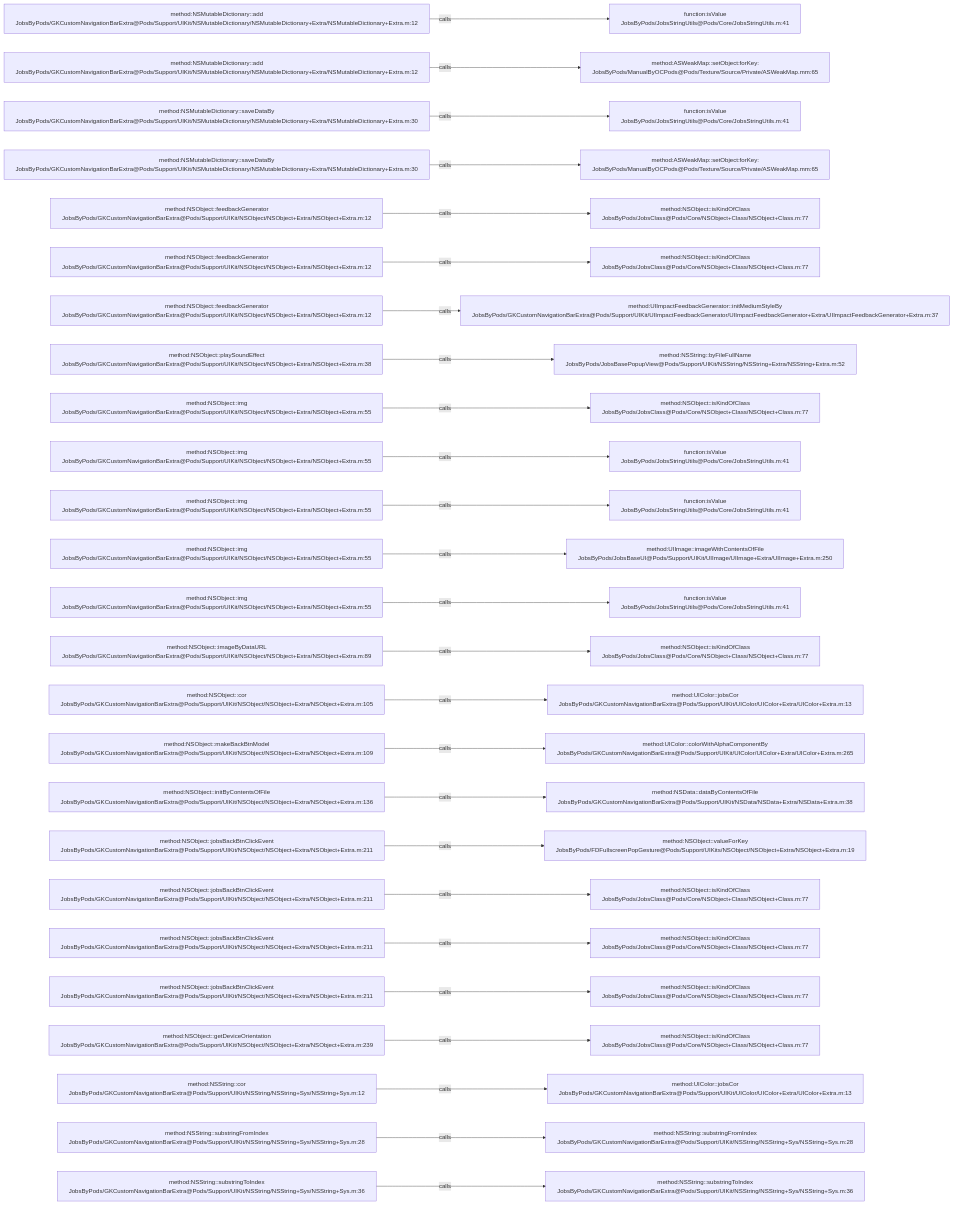
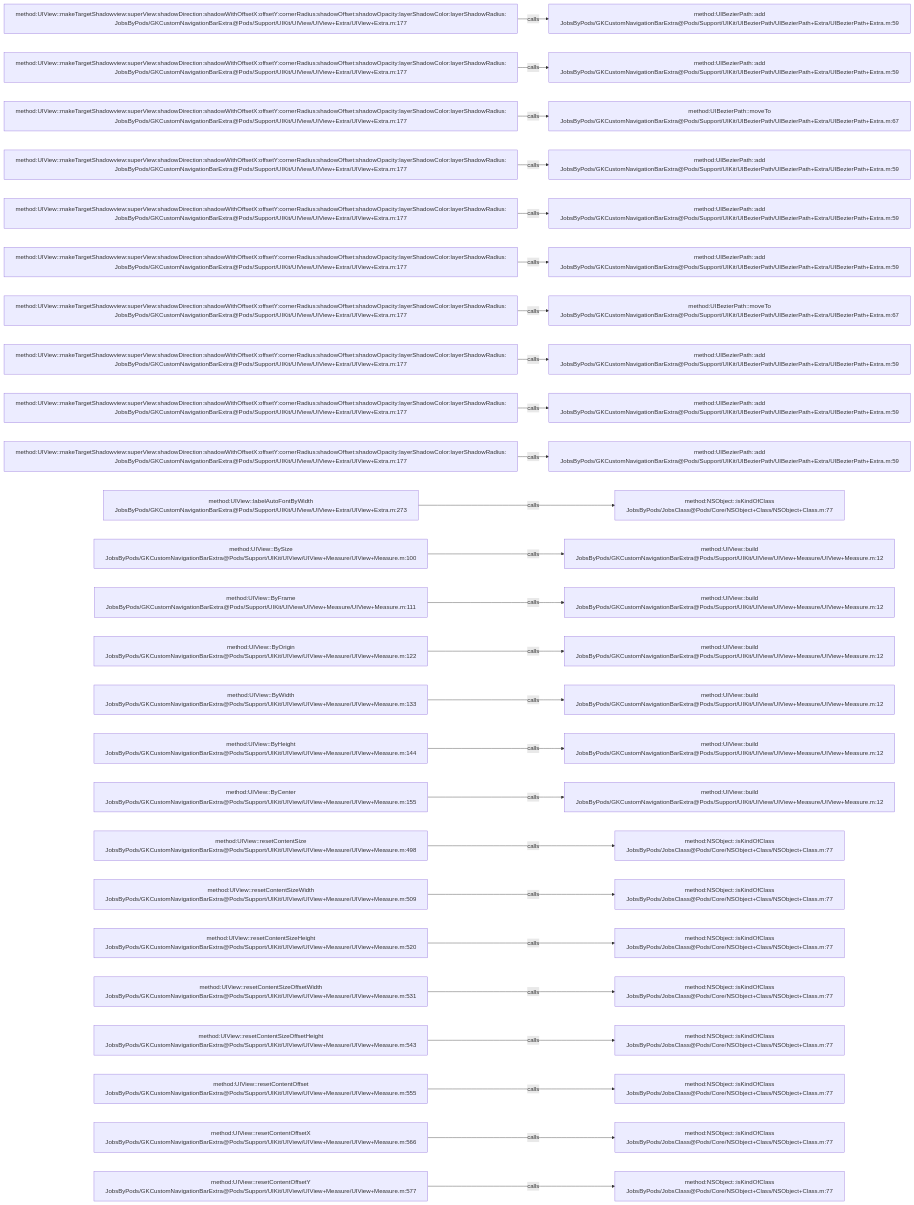
Before and after one commit to JobsKits/JobsOCBaseConfigDemo: the diagram in .codegraph/codegraph.md/graphs/calls-004.md, drawn with Mermaid. The commit also changed 573 other files, not shown here.

````diff
--- a/.codegraph/codegraph.md/graphs/calls-004.md
+++ b/.codegraph/codegraph.md/graphs/calls-004.md
@@ -13,78 +13,78 @@
 ```mermaid
 flowchart LR
-  S1["method:NSMutableDictionary::add<br/>JobsByPods/GKCustomNavigationBarExtra@Pods/Support/UIKit/NSMutableDictionary/NSMutableDictionary+Extra/NSMutableDictionary+Extra.m:12"]
-  T1["function:isValue<br/>JobsByPods/JobsStringUtils@Pods/Core/JobsStringUtils.m:41"]
+  S1["method:UIView::makeTargetShadowview:superView:shadowDirection:shadowWithOffsetX:offsetY:cornerRadius:shadowOffset:shadowOpacity:layerShadowColor:layerShadowRadius:<br/>JobsByPods/GKCustomNavigationBarExtra@Pods/Support/UIKit/UIView/UIView+Extra/UIView+Extra.m:177"]
+  T1["method:UIBezierPath::add<br/>JobsByPods/GKCustomNavigationBarExtra@Pods/Support/UIKit/UIBezierPath/UIBezierPath+Extra/UIBezierPath+Extra.m:59"]
   S1 -->|calls| T1
-  S2["method:NSMutableDictionary::add<br/>JobsByPods/GKCustomNavigationBarExtra@Pods/Support/UIKit/NSMutableDictionary/NSMutableDictionary+Extra/NSMutableDictionary+Extra.m:12"]
-  T2["method:ASWeakMap::setObject:forKey:<br/>JobsByPods/ManualByOCPods@Pods/Texture/Source/Private/ASWeakMap.mm:65"]
+  S2["method:UIView::makeTargetShadowview:superView:shadowDirection:shadowWithOffsetX:offsetY:cornerRadius:shadowOffset:shadowOpacity:layerShadowColor:layerShadowRadius:<br/>JobsByPods/GKCustomNavigationBarExtra@Pods/Support/UIKit/UIView/UIView+Extra/UIView+Extra.m:177"]
+  T2["method:UIBezierPath::add<br/>JobsByPods/GKCustomNavigationBarExtra@Pods/Support/UIKit/UIBezierPath/UIBezierPath+Extra/UIBezierPath+Extra.m:59"]
   S2 -->|calls| T2
-  S3["method:NSMutableDictionary::saveDataBy<br/>JobsByPods/GKCustomNavigationBarExtra@Pods/Support/UIKit/NSMutableDictionary/NSMutableDictionary+Extra/NSMutableDictionary+Extra.m:30"]
-  T3["function:isValue<br/>JobsByPods/JobsStringUtils@Pods/Core/JobsStringUtils.m:41"]
+  S3["method:UIView::makeTargetShadowview:superView:shadowDirection:shadowWithOffsetX:offsetY:cornerRadius:shadowOffset:shadowOpacity:layerShadowColor:layerShadowRadius:<br/>JobsByPods/GKCustomNavigationBarExtra@Pods/Support/UIKit/UIView/UIView+Extra/UIView+Extra.m:177"]
+  T3["method:UIBezierPath::moveTo<br/>JobsByPods/GKCustomNavigationBarExtra@Pods/Support/UIKit/UIBezierPath/UIBezierPath+Extra/UIBezierPath+Extra.m:67"]
   S3 -->|calls| T3
-  S4["method:NSMutableDictionary::saveDataBy<br/>JobsByPods/GKCustomNavigationBarExtra@Pods/Support/UIKit/NSMutableDictionary/NSMutableDictionary+Extra/NSMutableDictionary+Extra.m:30"]
-  T4["method:ASWeakMap::setObject:forKey:<br/>JobsByPods/ManualByOCPods@Pods/Texture/Source/Private/ASWeakMap.mm:65"]
+  S4["method:UIView::makeTargetShadowview:superView:shadowDirection:shadowWithOffsetX:offsetY:cornerRadius:shadowOffset:shadowOpacity:layerShadowColor:layerShadowRadius:<br/>JobsByPods/GKCustomNavigationBarExtra@Pods/Support/UIKit/UIView/UIView+Extra/UIView+Extra.m:177"]
+  T4["method:UIBezierPath::add<br/>JobsByPods/GKCustomNavigationBarExtra@Pods/Support/UIKit/UIBezierPath/UIBezierPath+Extra/UIBezierPath+Extra.m:59"]
   S4 -->|calls| T4
-  S5["method:NSObject::feedbackGenerator<br/>JobsByPods/GKCustomNavigationBarExtra@Pods/Support/UIKit/NSObject/NSObject+Extra/NSObject+Extra.m:12"]
-  T5["method:NSObject::isKindOfClass<br/>JobsByPods/JobsClass@Pods/Core/NSObject+Class/NSObject+Class.m:77"]
+  S5["method:UIView::makeTargetShadowview:superView:shadowDirection:shadowWithOffsetX:offsetY:cornerRadius:shadowOffset:shadowOpacity:layerShadowColor:layerShadowRadius:<br/>JobsByPods/GKCustomNavigationBarExtra@Pods/Support/UIKit/UIView/UIView+Extra/UIView+Extra.m:177"]
+  T5["method:UIBezierPath::add<br/>JobsByPods/GKCustomNavigationBarExtra@Pods/Support/UIKit/UIBezierPath/UIBezierPath+Extra/UIBezierPath+Extra.m:59"]
   S5 -->|calls| T5
-  S6["method:NSObject::feedbackGenerator<br/>JobsByPods/GKCustomNavigationBarExtra@Pods/Support/UIKit/NSObject/NSObject+Extra/NSObject+Extra.m:12"]
-  T6["method:NSObject::isKindOfClass<br/>JobsByPods/JobsClass@Pods/Core/NSObject+Class/NSObject+Class.m:77"]
+  S6["method:UIView::makeTargetShadowview:superView:shadowDirection:shadowWithOffsetX:offsetY:cornerRadius:shadowOffset:shadowOpacity:layerShadowColor:layerShadowRadius:<br/>JobsByPods/GKCustomNavigationBarExtra@Pods/Support/UIKit/UIView/UIView+Extra/UIView+Extra.m:177"]
+  T6["method:UIBezierPath::add<br/>JobsByPods/GKCustomNavigationBarExtra@Pods/Support/UIKit/UIBezierPath/UIBezierPath+Extra/UIBezierPath+Extra.m:59"]
   S6 -->|calls| T6
-  S7["method:NSObject::feedbackGenerator<br/>JobsByPods/GKCustomNavigationBarExtra@Pods/Support/UIKit/NSObject/NSObject+Extra/NSObject+Extra.m:12"]
-  T7["method:UIImpactFeedbackGenerator::initMediumStyleBy<br/>JobsByPods/GKCustomNavigationBarExtra@Pods/Support/UIKit/UIImpactFeedbackGenerator/UIImpactFeedbackGenerator+Extra/UIImpactFeedbackGenerator+Extra.m:37"]
+  S7["method:UIView::makeTargetShadowview:superView:shadowDirection:shadowWithOffsetX:offsetY:cornerRadius:shadowOffset:shadowOpacity:layerShadowColor:layerShadowRadius:<br/>JobsByPods/GKCustomNavigationBarExtra@Pods/Support/UIKit/UIView/UIView+Extra/UIView+Extra.m:177"]
+  T7["method:UIBezierPath::moveTo<br/>JobsByPods/GKCustomNavigationBarExtra@Pods/Support/UIKit/UIBezierPath/UIBezierPath+Extra/UIBezierPath+Extra.m:67"]
   S7 -->|calls| T7
-  S8["method:NSObject::playSoundEffect<br/>JobsByPods/GKCustomNavigationBarExtra@Pods/Support/UIKit/NSObject/NSObject+Extra/NSObject+Extra.m:38"]
-  T8["method:NSString::byFileFullName<br/>JobsByPods/JobsBasePopupView@Pods/Support/UIKit/NSString/NSString+Extra/NSString+Extra.m:52"]
+  S8["method:UIView::makeTargetShadowview:superView:shadowDirection:shadowWithOffsetX:offsetY:cornerRadius:shadowOffset:shadowOpacity:layerShadowColor:layerShadowRadius:<br/>JobsByPods/GKCustomNavigationBarExtra@Pods/Support/UIKit/UIView/UIView+Extra/UIView+Extra.m:177"]
+  T8["method:UIBezierPath::add<br/>JobsByPods/GKCustomNavigationBarExtra@Pods/Support/UIKit/UIBezierPath/UIBezierPath+Extra/UIBezierPath+Extra.m:59"]
   S8 -->|calls| T8
-  S9["method:NSObject::img<br/>JobsByPods/GKCustomNavigationBarExtra@Pods/Support/UIKit/NSObject/NSObject+Extra/NSObject+Extra.m:55"]
-  T9["method:NSObject::isKindOfClass<br/>JobsByPods/JobsClass@Pods/Core/NSObject+Class/NSObject+Class.m:77"]
+  S9["method:UIView::makeTargetShadowview:superView:shadowDirection:shadowWithOffsetX:offsetY:cornerRadius:shadowOffset:shadowOpacity:layerShadowColor:layerShadowRadius:<br/>JobsByPods/GKCustomNavigationBarExtra@Pods/Support/UIKit/UIView/UIView+Extra/UIView+Extra.m:177"]
+  T9["method:UIBezierPath::add<br/>JobsByPods/GKCustomNavigationBarExtra@Pods/Support/UIKit/UIBezierPath/UIBezierPath+Extra/UIBezierPath+Extra.m:59"]
   S9 -->|calls| T9
-  S10["method:NSObject::img<br/>JobsByPods/GKCustomNavigationBarExtra@Pods/Support/UIKit/NSObject/NSObject+Extra/NSObject+Extra.m:55"]
-  T10["function:isValue<br/>JobsByPods/JobsStringUtils@Pods/Core/JobsStringUtils.m:41"]
+  S10["method:UIView::makeTargetShadowview:superView:shadowDirection:shadowWithOffsetX:offsetY:cornerRadius:shadowOffset:shadowOpacity:layerShadowColor:layerShadowRadius:<br/>JobsByPods/GKCustomNavigationBarExtra@Pods/Support/UIKit/UIView/UIView+Extra/UIView+Extra.m:177"]
+  T10["method:UIBezierPath::add<br/>JobsByPods/GKCustomNavigationBarExtra@Pods/Support/UIKit/UIBezierPath/UIBezierPath+Extra/UIBezierPath+Extra.m:59"]
   S10 -->|calls| T10
-  S11["method:NSObject::img<br/>JobsByPods/GKCustomNavigationBarExtra@Pods/Support/UIKit/NSObject/NSObject+Extra/NSObject+Extra.m:55"]
-  T11["function:isValue<br/>JobsByPods/JobsStringUtils@Pods/Core/JobsStringUtils.m:41"]
+  S11["method:UIView::labelAutoFontByWidth<br/>JobsByPods/GKCustomNavigationBarExtra@Pods/Support/UIKit/UIView/UIView+Extra/UIView+Extra.m:273"]
+  T11["method:NSObject::isKindOfClass<br/>JobsByPods/JobsClass@Pods/Core/NSObject+Class/NSObject+Class.m:77"]
   S11 -->|calls| T11
-  S12["method:NSObject::img<br/>JobsByPods/GKCustomNavigationBarExtra@Pods/Support/UIKit/NSObject/NSObject+Extra/NSObject+Extra.m:55"]
-  T12["method:UIImage::imageWithContentsOfFile<br/>JobsByPods/JobsBaseUI@Pods/Support/UIKit/UIImage/UIImage+Extra/UIImage+Extra.m:250"]
+  S12["method:UIView::BySize<br/>JobsByPods/GKCustomNavigationBarExtra@Pods/Support/UIKit/UIView/UIView+Measure/UIView+Measure.m:100"]
+  T12["method:UIView::build<br/>JobsByPods/GKCustomNavigationBarExtra@Pods/Support/UIKit/UIView/UIView+Measure/UIView+Measure.m:12"]
   S12 -->|calls| T12
-  S13["method:NSObject::img<br/>JobsByPods/GKCustomNavigationBarExtra@Pods/Support/UIKit/NSObject/NSObject+Extra/NSObject+Extra.m:55"]
-  T13["function:isValue<br/>JobsByPods/JobsStringUtils@Pods/Core/JobsStringUtils.m:41"]
+  S13["method:UIView::ByFrame<br/>JobsByPods/GKCustomNavigationBarExtra@Pods/Support/UIKit/UIView/UIView+Measure/UIView+Measure.m:111"]
+  T13["method:UIView::build<br/>JobsByPods/GKCustomNavigationBarExtra@Pods/Support/UIKit/UIView/UIView+Measure/UIView+Measure.m:12"]
   S13 -->|calls| T13
-  S14["method:NSObject::imageByDataURL<br/>JobsByPods/GKCustomNavigationBarExtra@Pods/Support/UIKit/NSObject/NSObject+Extra/NSObject+Extra.m:89"]
-  T14["method:NSObject::isKindOfClass<br/>JobsByPods/JobsClass@Pods/Core/NSObject+Class/NSObject+Class.m:77"]
+  S14["method:UIView::ByOrigin<br/>JobsByPods/GKCustomNavigationBarExtra@Pods/Support/UIKit/UIView/UIView+Measure/UIView+Measure.m:122"]
+  T14["method:UIView::build<br/>JobsByPods/GKCustomNavigationBarExtra@Pods/Support/UIKit/UIView/UIView+Measure/UIView+Measure.m:12"]
   S14 -->|calls| T14
-  S15["method:NSObject::cor<br/>JobsByPods/GKCustomNavigationBarExtra@Pods/Support/UIKit/NSObject/NSObject+Extra/NSObject+Extra.m:105"]
-  T15["method:UIColor::jobsCor<br/>JobsByPods/GKCustomNavigationBarExtra@Pods/Support/UIKit/UIColor/UIColor+Extra/UIColor+Extra.m:13"]
+  S15["method:UIView::ByWidth<br/>JobsByPods/GKCustomNavigationBarExtra@Pods/Support/UIKit/UIView/UIView+Measure/UIView+Measure.m:133"]
+  T15["method:UIView::build<br/>JobsByPods/GKCustomNavigationBarExtra@Pods/Support/UIKit/UIView/UIView+Measure/UIView+Measure.m:12"]
   S15 -->|calls| T15
-  S16["method:NSObject::makeBackBtnModel<br/>JobsByPods/GKCustomNavigationBarExtra@Pods/Support/UIKit/NSObject/NSObject+Extra/NSObject+Extra.m:109"]
-  T16["method:UIColor::colorWithAlphaComponentBy<br/>JobsByPods/GKCustomNavigationBarExtra@Pods/Support/UIKit/UIColor/UIColor+Extra/UIColor+Extra.m:265"]
+  S16["method:UIView::ByHeight<br/>JobsByPods/GKCustomNavigationBarExtra@Pods/Support/UIKit/UIView/UIView+Measure/UIView+Measure.m:144"]
+  T16["method:UIView::build<br/>JobsByPods/GKCustomNavigationBarExtra@Pods/Support/UIKit/UIView/UIView+Measure/UIView+Measure.m:12"]
   S16 -->|calls| T16
-  S17["method:NSObject::initByContentsOfFile<br/>JobsByPods/GKCustomNavigationBarExtra@Pods/Support/UIKit/NSObject/NSObject+Extra/NSObject+Extra.m:136"]
-  T17["method:NSData::dataByContentsOfFile<br/>JobsByPods/GKCustomNavigationBarExtra@Pods/Support/UIKit/NSData/NSData+Extra/NSData+Extra.m:38"]
+  S17["method:UIView::ByCenter<br/>JobsByPods/GKCustomNavigationBarExtra@Pods/Support/UIKit/UIView/UIView+Measure/UIView+Measure.m:155"]
+  T17["method:UIView::build<br/>JobsByPods/GKCustomNavigationBarExtra@Pods/Support/UIKit/UIView/UIView+Measure/UIView+Measure.m:12"]
   S17 -->|calls| T17
-  S18["method:NSObject::jobsBackBtnClickEvent<br/>JobsByPods/GKCustomNavigationBarExtra@Pods/Support/UIKit/NSObject/NSObject+Extra/NSObject+Extra.m:211"]
-  T18["method:NSObject::valueForKey<br/>JobsByPods/FDFullscreenPopGesture@Pods/Support/UIKits/NSObject/NSObject+Extra/NSObject+Extra.m:19"]
+  S18["method:UIView::resetContentSize<br/>JobsByPods/GKCustomNavigationBarExtra@Pods/Support/UIKit/UIView/UIView+Measure/UIView+Measure.m:498"]
+  T18["method:NSObject::isKindOfClass<br/>JobsByPods/JobsClass@Pods/Core/NSObject+Class/NSObject+Class.m:77"]
   S18 -->|calls| T18
-  S19["method:NSObject::jobsBackBtnClickEvent<br/>JobsByPods/GKCustomNavigationBarExtra@Pods/Support/UIKit/NSObject/NSObject+Extra/NSObject+Extra.m:211"]
+  S19["method:UIView::resetContentSizeWidth<br/>JobsByPods/GKCustomNavigationBarExtra@Pods/Support/UIKit/UIView/UIView+Measure/UIView+Measure.m:509"]
   T19["method:NSObject::isKindOfClass<br/>JobsByPods/JobsClass@Pods/Core/NSObject+Class/NSObject+Class.m:77"]
   S19 -->|calls| T19
-  S20["method:NSObject::jobsBackBtnClickEvent<br/>JobsByPods/GKCustomNavigationBarExtra@Pods/Support/UIKit/NSObject/NSObject+Extra/NSObject+Extra.m:211"]
+  S20["method:UIView::resetContentSizeHeight<br/>JobsByPods/GKCustomNavigationBarExtra@Pods/Support/UIKit/UIView/UIView+Measure/UIView+Measure.m:520"]
   T20["method:NSObject::isKindOfClass<br/>JobsByPods/JobsClass@Pods/Core/NSObject+Class/NSObject+Class.m:77"]
   S20 -->|calls| T20
-  S21["method:NSObject::jobsBackBtnClickEvent<br/>JobsByPods/GKCustomNavigationBarExtra@Pods/Support/UIKit/NSObject/NSObject+Extra/NSObject+Extra.m:211"]
+  S21["method:UIView::resetContentSizeOffsetWidth<br/>JobsByPods/GKCustomNavigationBarExtra@Pods/Support/UIKit/UIView/UIView+Measure/UIView+Measure.m:531"]
   T21["method:NSObject::isKindOfClass<br/>JobsByPods/JobsClass@Pods/Core/NSObject+Class/NSObject+Class.m:77"]
   S21 -->|calls| T21
-  S22["method:NSObject::getDeviceOrientation<br/>JobsByPods/GKCustomNavigationBarExtra@Pods/Support/UIKit/NSObject/NSObject+Extra/NSObject+Extra.m:239"]
+  S22["method:UIView::resetContentSizeOffsetHeight<br/>JobsByPods/GKCustomNavigationBarExtra@Pods/Support/UIKit/UIView/UIView+Measure/UIView+Measure.m:543"]
   T22["method:NSObject::isKindOfClass<br/>JobsByPods/JobsClass@Pods/Core/NSObject+Class/NSObject+Class.m:77"]
   S22 -->|calls| T22
-  S23["method:NSString::cor<br/>JobsByPods/GKCustomNavigationBarExtra@Pods/Support/UIKit/NSString/NSString+Sys/NSString+Sys.m:12"]
-  T23["method:UIColor::jobsCor<br/>JobsByPods/GKCustomNavigationBarExtra@Pods/Support/UIKit/UIColor/UIColor+Extra/UIColor+Extra.m:13"]
+  S23["method:UIView::resetContentOffset<br/>JobsByPods/GKCustomNavigationBarExtra@Pods/Support/UIKit/UIView/UIView+Measure/UIView+Measure.m:555"]
+  T23["method:NSObject::isKindOfClass<br/>JobsByPods/JobsClass@Pods/Core/NSObject+Class/NSObject+Class.m:77"]
   S23 -->|calls| T23
-  S24["method:NSString::substringFromIndex<br/>JobsByPods/GKCustomNavigationBarExtra@Pods/Support/UIKit/NSString/NSString+Sys/NSString+Sys.m:28"]
-  T24["method:NSString::substringFromIndex<br/>JobsByPods/GKCustomNavigationBarExtra@Pods/Support/UIKit/NSString/NSString+Sys/NSString+Sys.m:28"]
+  S24["method:UIView::resetContentOffsetX<br/>JobsByPods/GKCustomNavigationBarExtra@Pods/Support/UIKit/UIView/UIView+Measure/UIView+Measure.m:566"]
+  T24["method:NSObject::isKindOfClass<br/>JobsByPods/JobsClass@Pods/Core/NSObject+Class/NSObject+Class.m:77"]
   S24 -->|calls| T24
-  S25["method:NSString::substringToIndex<br/>JobsByPods/GKCustomNavigationBarExtra@Pods/Support/UIKit/NSString/NSString+Sys/NSString+Sys.m:36"]
-  T25["method:NSString::substringToIndex<br/>JobsByPods/GKCustomNavigationBarExtra@Pods/Support/UIKit/NSString/NSString+Sys/NSString+Sys.m:36"]
+  S25["method:UIView::resetContentOffsetY<br/>JobsByPods/GKCustomNavigationBarExtra@Pods/Support/UIKit/UIView/UIView+Measure/UIView+Measure.m:577"]
+  T25["method:NSObject::isKindOfClass<br/>JobsByPods/JobsClass@Pods/Core/NSObject+Class/NSObject+Class.m:77"]
   S25 -->|calls| T25
 ```
````
